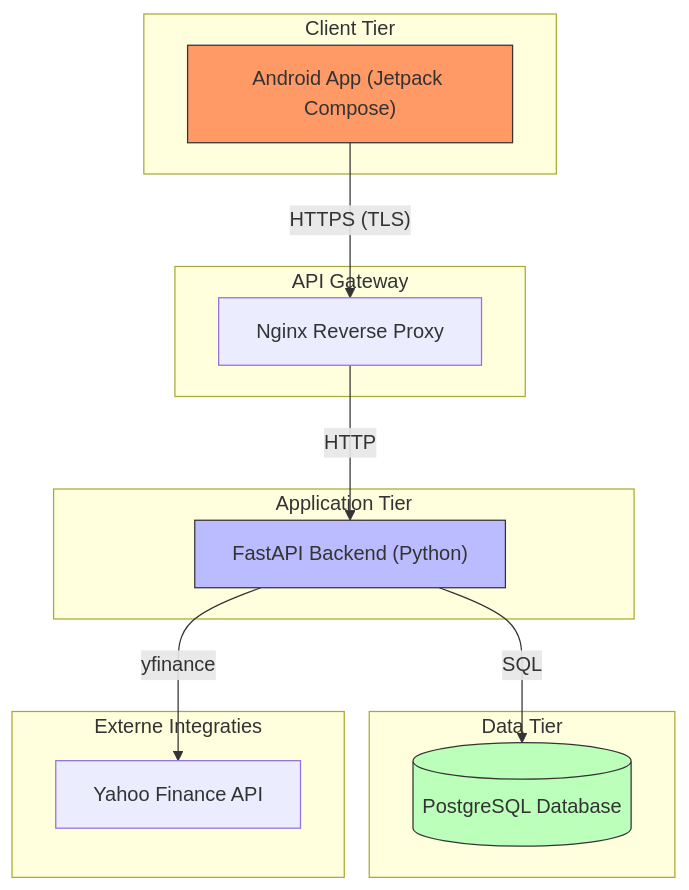
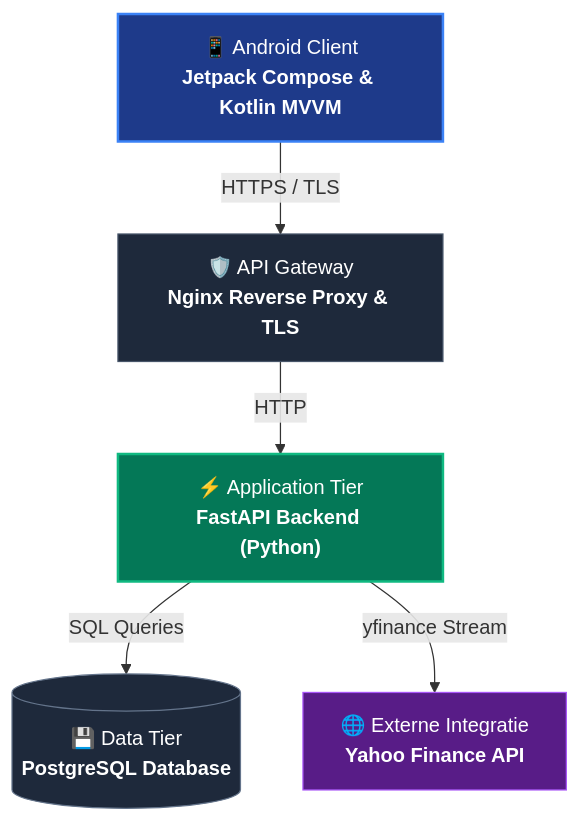
One commit to sebian-lab/sebian-lab.github.io changed the first of 2 diagrams in content/projects/alphatracer-mobile/index.nl.md. Above: the diagram before and after it, drawn with Mermaid. The commit also changed other lines of this file and 2 other files, not shown here.

Commit message:
Improve article readability by removing redundant author box/TOC and optimizing Mermaid diagrams

```diff
--- a/content/projects/alphatracer-mobile/index.nl.md
+++ b/content/projects/alphatracer-mobile/index.nl.md
@@ -41,31 +45,19 @@
 {{< mermaid >}}
 graph TD
-    subgraph ClientTier ["Client Tier"]
-        A["Android App (Jetpack Compose)"]
-    end
-    
-    subgraph Gateway ["API Gateway"]
-        B["Nginx Reverse Proxy"]
-    end
-    
-    subgraph AppTier ["Application Tier"]
-        C["FastAPI Backend (Python)"]
-    end
-    
-    subgraph DataTier ["Data Tier"]
-        D[("PostgreSQL Database")]
-    end
-    
-    subgraph ExtIntegrations ["Externe Integraties"]
-        E["Yahoo Finance API"]
-    end
-    
-    A -->|"HTTPS (TLS)"| B
-    B -->|HTTP| C
-    C -->|SQL| D
-    C -->|yfinance| E
+    Client["📱 Android Client<br><b>Jetpack Compose & Kotlin MVVM</b>"]
+    Gateway["🛡️ API Gateway<br><b>Nginx Reverse Proxy & TLS</b>"]
+    Backend["⚡ Application Tier<br><b>FastAPI Backend (Python)</b>"]
+    DB[("💾 Data Tier<br><b>PostgreSQL Database</b>")]
+    Finance["🌐 Externe Integratie<br><b>Yahoo Finance API</b>"]
 
-    style A fill:#f96,stroke:#333
-    style C fill:#bbf,stroke:#333
-    style D fill:#bfb,stroke:#333
+    Client -->|"HTTPS / TLS"| Gateway
+    Gateway -->|"HTTP"| Backend
+    Backend -->|"SQL Queries"| DB
+    Backend -->|"yfinance Stream"| Finance
+
+    style Client fill:#1e3a8a,stroke:#3b82f6,stroke-width:2px,color:#fff
+    style Gateway fill:#1e293b,stroke:#475569,stroke-width:1px,color:#fff
+    style Backend fill:#047857,stroke:#10b981,stroke-width:2px,color:#fff
+    style DB fill:#1e293b,stroke:#64748b,stroke-width:1px,color:#fff
+    style Finance fill:#581c87,stroke:#a855f7,stroke-width:1px,color:#fff
 {{< /mermaid >}}
```
